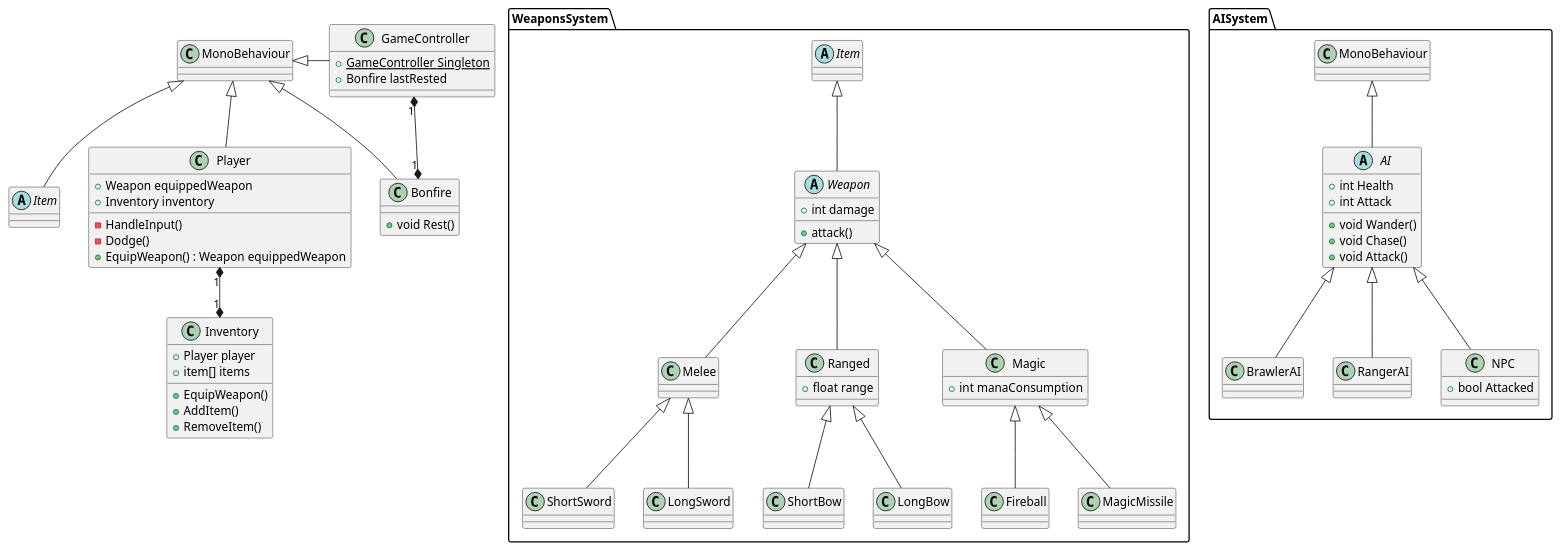
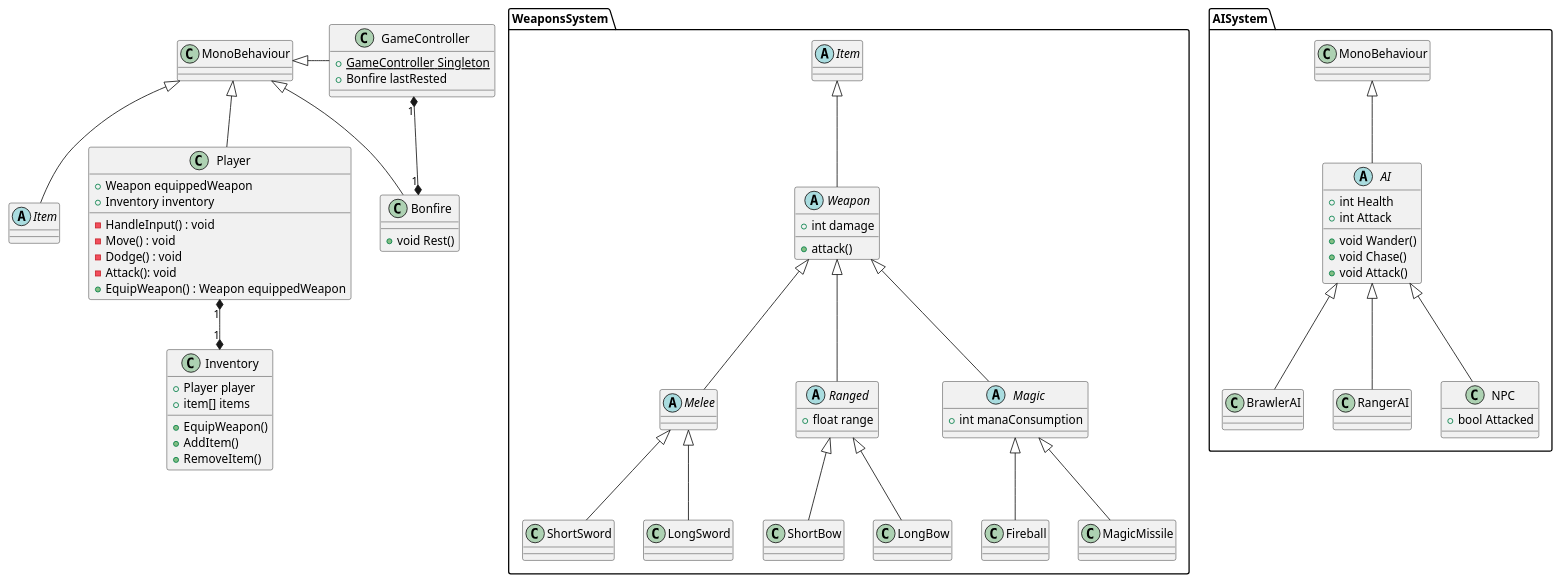
Before and after one commit to PausedMagician/Knight-Crawler: the diagram in Diagrams/knight-crawler.puml, drawn with PlantUML. The commit also changed 2 other files, not shown here.

Commit message:
Readme and Diagrams

```diff
--- a/Diagrams/knight-crawler.puml
+++ b/Diagrams/knight-crawler.puml
@@ -1,76 +1,78 @@
 @startuml Knight Crawler
 abstract class Item extends MonoBehaviour
 namespace WeaponsSystem {
     abstract class Item
     abstract class Weapon extends Item {
         + int damage
         + attack()
     }
-    class Melee extends Weapon
-    class Ranged extends Weapon {
+    abstract class Melee extends Weapon
+    abstract class Ranged extends Weapon {
         + float range
     }
-    class Magic extends Weapon {
+    abstract class Magic extends Weapon {
         + int manaConsumption
     }
 
     class ShortSword extends Melee
     class LongSword extends Melee
     class ShortBow extends Ranged
     class LongBow extends Ranged
     class Fireball extends Magic
     class MagicMissile extends Magic
 }
 namespace AISystem {
     abstract class AI extends MonoBehaviour {
         + int Health
         + int Attack
         + void Wander()
         + void Chase()
         + void Attack()
     }
     class BrawlerAI extends AI {
 
     }
     class RangerAI extends AI {
 
     }
     class NPC extends AI {
         + bool Attacked
     }
 }
 
 class Bonfire extends MonoBehaviour {
     + void Rest()
 }
 
 class GameController {
     + {static} GameController Singleton
     + Bonfire lastRested
 }
 
 class Inventory {
     + Player player
     + item[] items
     + EquipWeapon()
     + AddItem()
     + RemoveItem()
 }
 
 class Player extends MonoBehaviour {
     + Weapon equippedWeapon
     + Inventory inventory
-    - HandleInput()
-    - Dodge()
+    - HandleInput() : void
+    - Move() : void
+    - Dodge() : void
+    - Attack(): void
     + EquipWeapon() : Weapon equippedWeapon
 }
 
 
 
 
 Player "1" *-down-* "1" Inventory
 GameController -left-|> MonoBehaviour
 GameController "1" *-down-* "1" Bonfire
 
 
 @enduml
```
